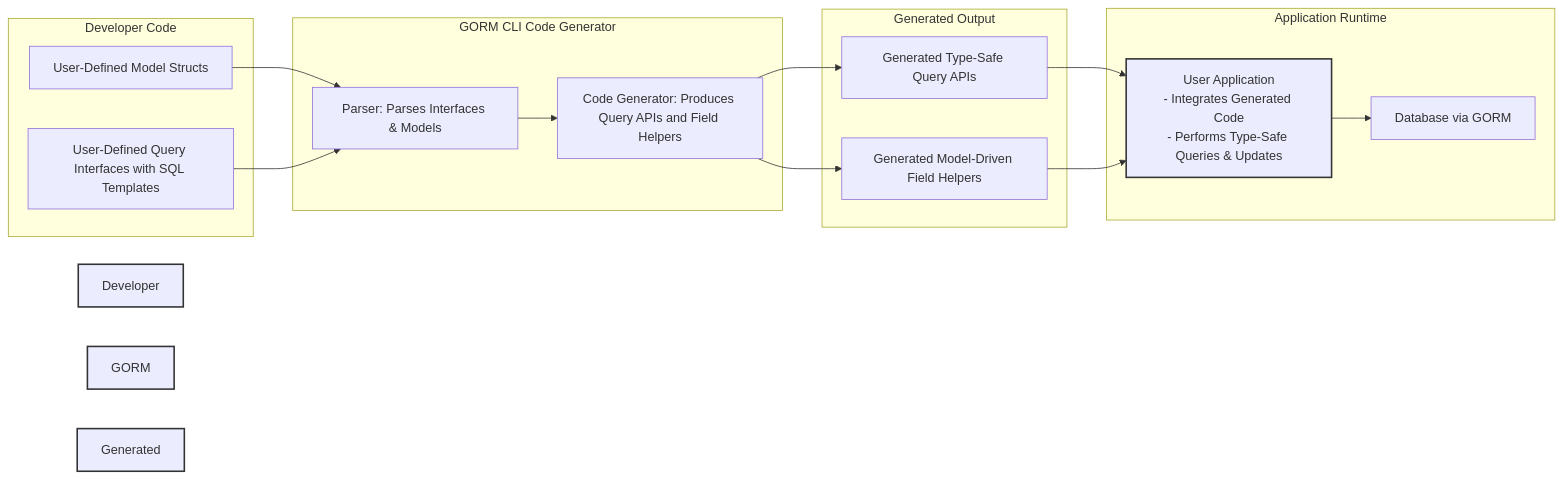
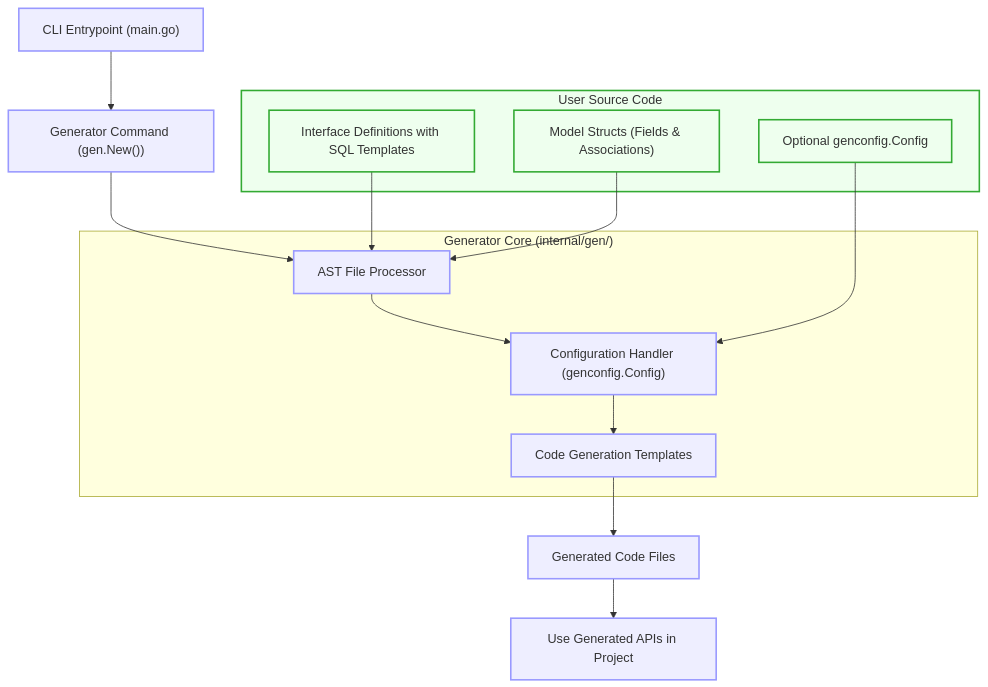
Before and after one commit to clidey/docucod-public-project-3a0e48a9-6b86-4d21-a930-072fe9723c66: the diagram in overview/concepts-architecture/system-architecture.mdx, drawn with Mermaid. The commit also changed other lines of this file and 28 other files, not shown here.

````diff
--- a/overview/concepts-architecture/system-architecture.mdx
+++ b/overview/concepts-architecture/system-architecture.mdx
@@ -46,38 +85,36 @@
 ```mermaid
-graph LR
+flowchart TD
 
-  subgraph Developer Code
-    Models["User-Defined Model Structs"]
-    Interfaces["User-Defined Query Interfaces with SQL Templates"]
+  CLI["CLI Entrypoint (main.go)"] --> GenCmd["Generator Command (gen.New())"]
+
+  subgraph GeneratorModule["Generator Core (internal/gen/)"]
+    FileProcessor["AST File Processor"]
+    ConfigHandler["Configuration Handler (genconfig.Config)"]
+    CodeGen["Code Generation Templates"]
   end
 
-  subgraph GORM CLI Code Generator
-    Parser["Parser: Parses Interfaces & Models"]
-    Generator["Code Generator: Produces Query APIs and Field Helpers"]
+  GenCmd --> FileProcessor
+  FileProcessor --> ConfigHandler
+  ConfigHandler --> CodeGen
+  CodeGen --> Output["Generated Code Files"]
+
+  subgraph UserSource["User Source Code"]
+    Interfaces["Interface Definitions with SQL Templates"]
+    Models["Model Structs (Fields & Associations)"]
+    Packages["Optional genconfig.Config"]
   end
 
-  subgraph Generated Output
-    QueryAPIs["Generated Type-Safe Query APIs"]
-    FieldHelpers["Generated Model-Driven Field Helpers"]
-  end
+  Interfaces --> FileProcessor
+  Models --> FileProcessor
+  Packages --> ConfigHandler
 
-  subgraph Application Runtime
-    Application["User Application\n- Integrates Generated Code\n- Performs Type-Safe Queries & Updates"]
-    Database["Database via GORM"]
-  end
+  Output --> Use["Use Generated APIs in Project"]
 
-  Models --> Parser
-  Interfaces --> Parser
-  Parser --> Generator
-  Generator --> QueryAPIs
-  Generator --> FieldHelpers
-  QueryAPIs --> Application
-  FieldHelpers --> Application
-  Application --> Database
+  %% Styling for clarity
+  classDef component fill:#eef,stroke:#99f,stroke-width:2px
+  class CLI,GenCmd,FileProcessor,ConfigHandler,CodeGen,Output,Use component
 
-  style Developer Code fill:#f9f,stroke:#333,stroke-width:2px
-  style GORM CLI Code Generator fill:#bbf,stroke:#333,stroke-width:2px
-  style Generated Output fill:#bfb,stroke:#333,stroke-width:2px
-  style Application Runtime fill:#fbf,stroke:#333,stroke-width:2px
+  classDef source fill:#efe,stroke:#3a3,stroke-width:2px
+  class UserSource,Interfaces,Models,Packages source
 
 ```
````
